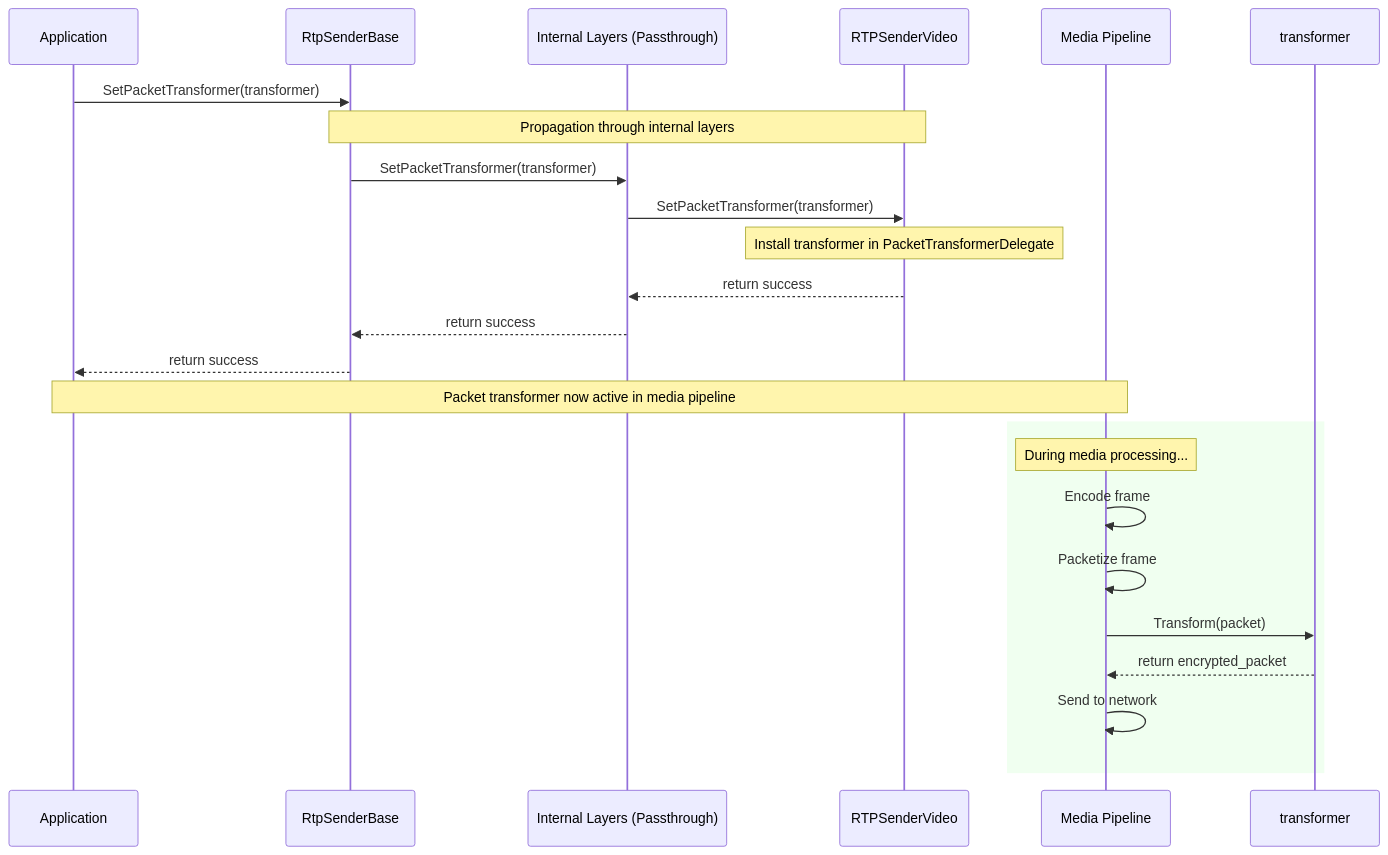
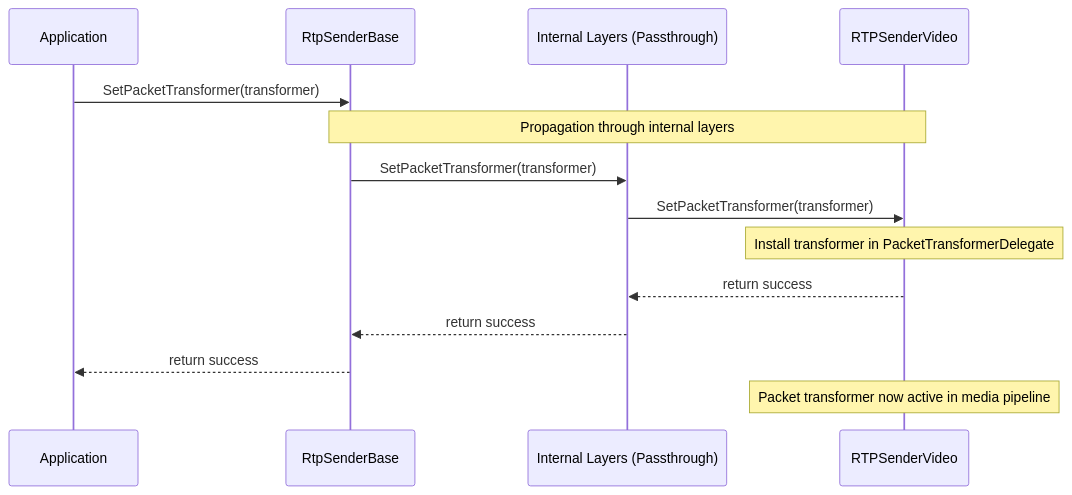
One commit to webex/webrtc-sframe changed diagram 15 of 15 in README.md. Above: the diagram before and after it, drawn with Mermaid. The commit also changed other lines of this file, not shown here.

````diff
--- a/README.md
+++ b/README.md
@@ -623,32 +613,22 @@
 ```mermaid
 sequenceDiagram
     participant App as Application
     participant Sender as RtpSenderBase
     participant Passthrough as Internal Layers (Passthrough)
     participant VideoSender as RTPSenderVideo
-    participant Pipeline as Media Pipeline
 
     App->>Sender: SetPacketTransformer(transformer)
     
     Note over Sender,VideoSender: Propagation through internal layers
     
     Sender->>Passthrough: SetPacketTransformer(transformer)
     Passthrough->>VideoSender: SetPacketTransformer(transformer)
     
     Note over VideoSender: Install transformer in PacketTransformerDelegate
     
     VideoSender-->>Passthrough: return success
     Passthrough-->>Sender: return success
     Sender-->>App: return success
     
-    Note over App,Pipeline: Packet transformer now active in media pipeline
-    
-    rect rgb(240, 255, 240)
-        Note over Pipeline: During media processing...
-        Pipeline->>Pipeline: Encode frame
-        Pipeline->>Pipeline: Packetize frame
-        Pipeline->>transformer: Transform(packet)
-        transformer-->>Pipeline: return encrypted_packet
-        Pipeline->>Pipeline: Send to network
-    end
+    Note over VideoSender: Packet transformer now active in media pipeline
 ```
````
